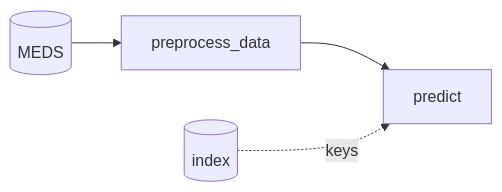
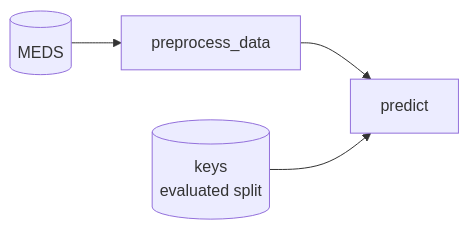
The seventh of 7 diagrams in docs/profiles.md (McDermottHealthAI/MEDS_algorithm_template), drawn with Mermaid before and after one commit. The commit also changed other lines of this file and 6 other files, not shown here.

````diff
--- a/docs/profiles.md
+++ b/docs/profiles.md
@@ -124,5 +143,5 @@
-    ```mermaid
-    flowchart LR
-        d[(MEDS)] --> pp[preprocess_data] --> pr[predict]
-        l[(index)] -. keys .-> pr
-    ```
+```mermaid
+flowchart LR
+    d[(MEDS)] --> pp[preprocess_data] --> pr[predict]
+    keys[(keys<br/>evaluated split)] --> pr
+```
````
